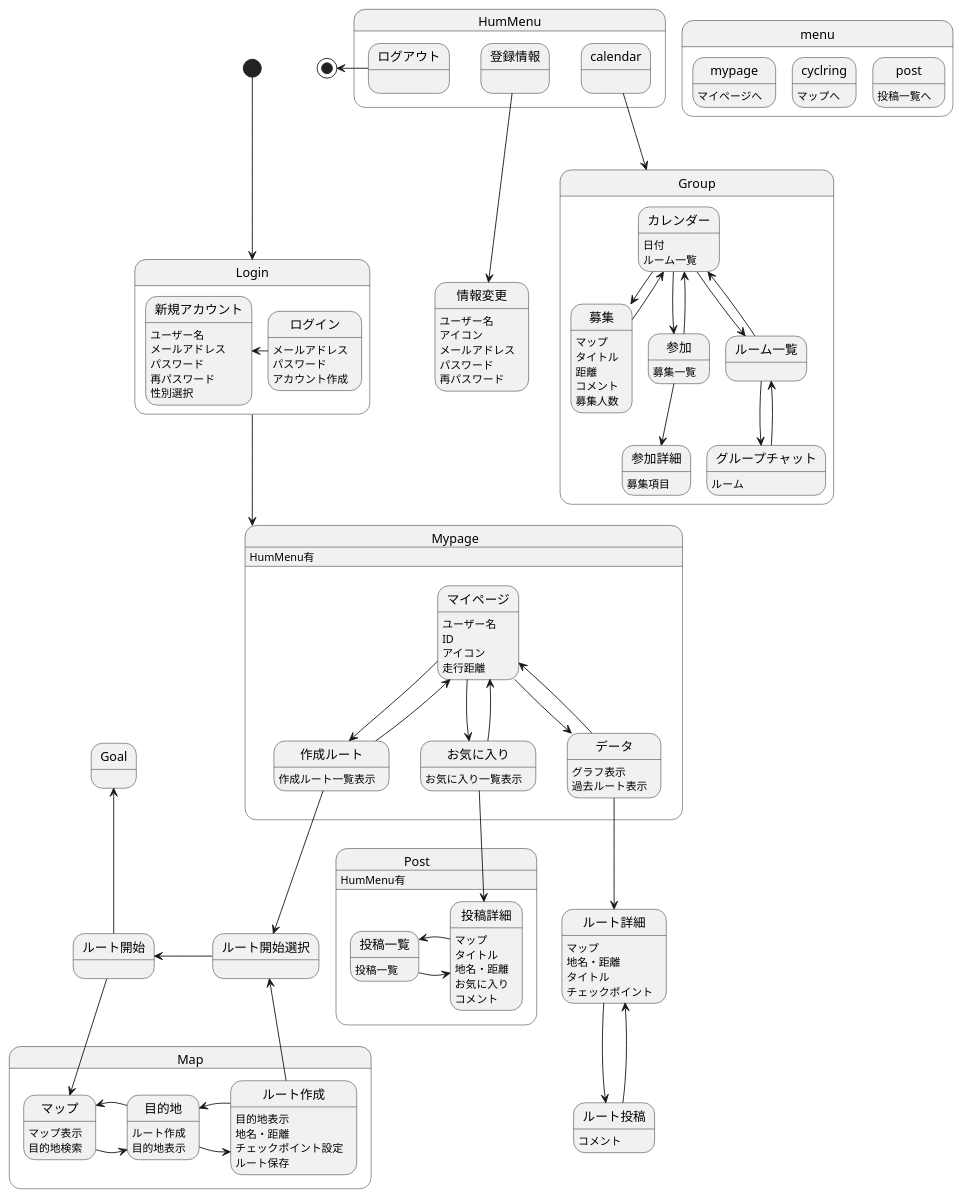
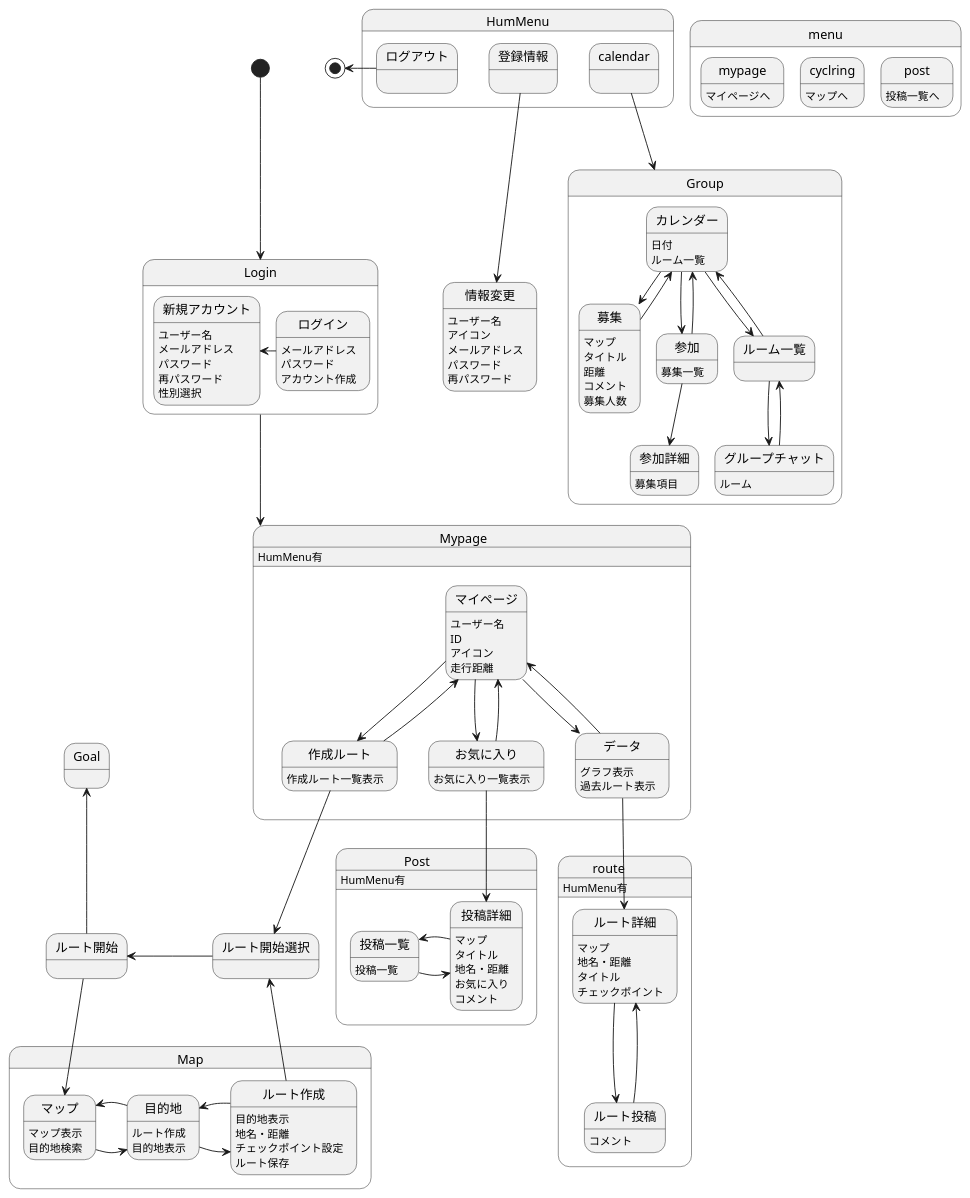
Before and after one commit to AsoSD3A3/CyclingSystem: the diagram in 画面遷移図/gm.md, drawn with PlantUML.

```diff
--- a/画面遷移図/gm.md
+++ b/画面遷移図/gm.md
@@ -77,6 +77,8 @@
 作成ルート:作成ルート一覧表示
 }
 
+state route{
+route:HumMenu有
 データ-down->ルート詳細
 ルート詳細:マップ
 ルート詳細:地名・距離
@@ -85,6 +87,7 @@
 ルート詳細-down->ルート投稿
 ルート投稿:コメント
 ルート投稿-->ルート詳細
+}
 
 state Map{
 マップ:マップ表示
```
